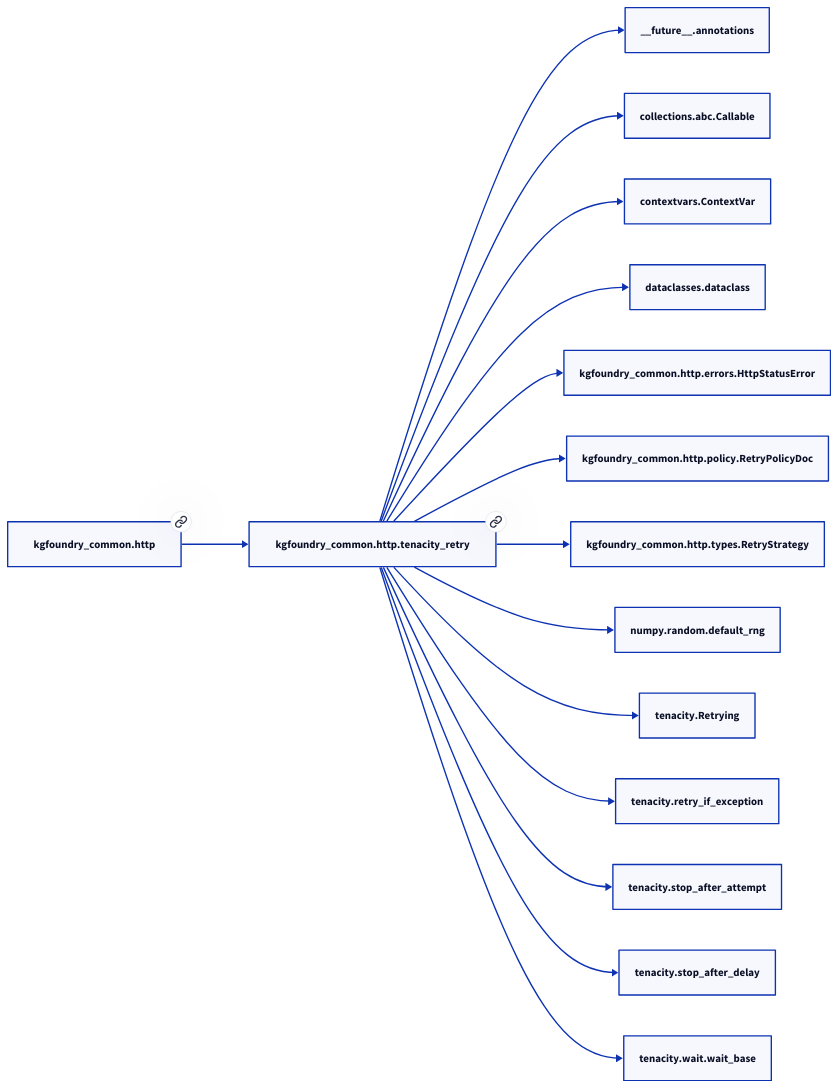
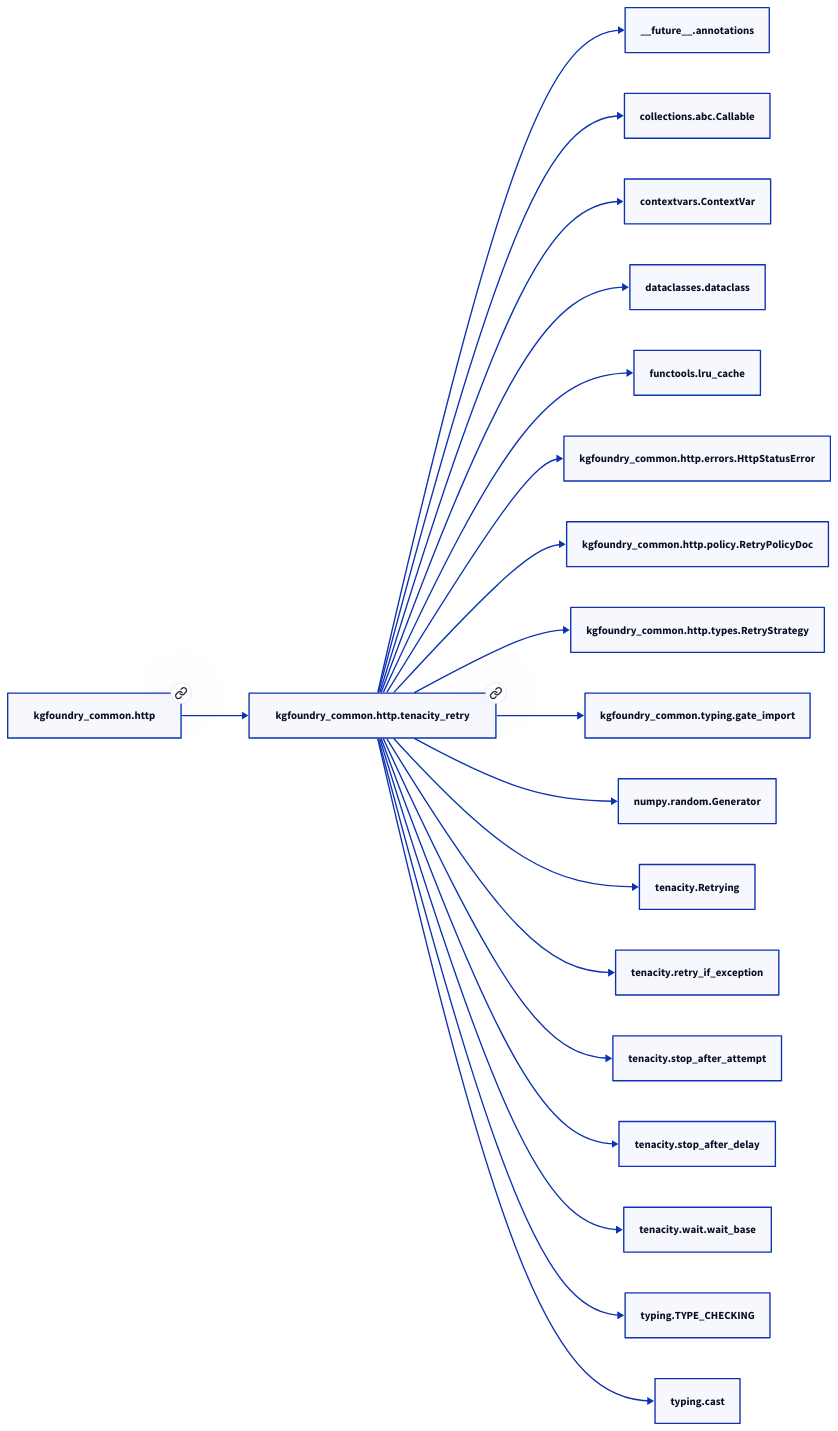
The second of 2 diagrams in docs/modules/kgfoundry_common/http/tenacity_retry.md (paul-heyse/kgforge), drawn with D2 before and after one commit. The commit also changed other lines of this file and 107 other files, not shown here.

````diff
--- a/docs/modules/kgfoundry_common/http/tenacity_retry.md
+++ b/docs/modules/kgfoundry_common/http/tenacity_retry.md
@@ -88,32 +92,40 @@
 ```d2
 direction: right
 "kgfoundry_common.http.tenacity_retry": "kgfoundry_common.http.tenacity_retry" { link: "https://github.com/paul-heyse/kgfoundry/blob/main/src/kgfoundry_common/http/tenacity_retry.py" }
 "__future__.annotations": "__future__.annotations"
 "kgfoundry_common.http.tenacity_retry" -> "__future__.annotations"
 "collections.abc.Callable": "collections.abc.Callable"
 "kgfoundry_common.http.tenacity_retry" -> "collections.abc.Callable"
 "contextvars.ContextVar": "contextvars.ContextVar"
 "kgfoundry_common.http.tenacity_retry" -> "contextvars.ContextVar"
 "dataclasses.dataclass": "dataclasses.dataclass"
 "kgfoundry_common.http.tenacity_retry" -> "dataclasses.dataclass"
+"functools.lru_cache": "functools.lru_cache"
+"kgfoundry_common.http.tenacity_retry" -> "functools.lru_cache"
 "kgfoundry_common.http.errors.HttpStatusError": "kgfoundry_common.http.errors.HttpStatusError"
 "kgfoundry_common.http.tenacity_retry" -> "kgfoundry_common.http.errors.HttpStatusError"
 "kgfoundry_common.http.policy.RetryPolicyDoc": "kgfoundry_common.http.policy.RetryPolicyDoc"
 "kgfoundry_common.http.tenacity_retry" -> "kgfoundry_common.http.policy.RetryPolicyDoc"
 "kgfoundry_common.http.types.RetryStrategy": "kgfoundry_common.http.types.RetryStrategy"
 "kgfoundry_common.http.tenacity_retry" -> "kgfoundry_common.http.types.RetryStrategy"
-"numpy.random.default_rng": "numpy.random.default_rng"
-"kgfoundry_common.http.tenacity_retry" -> "numpy.random.default_rng"
+"kgfoundry_common.typing.gate_import": "kgfoundry_common.typing.gate_import"
+"kgfoundry_common.http.tenacity_retry" -> "kgfoundry_common.typing.gate_import"
+"numpy.random.Generator": "numpy.random.Generator"
+"kgfoundry_common.http.tenacity_retry" -> "numpy.random.Generator"
 "tenacity.Retrying": "tenacity.Retrying"
 "kgfoundry_common.http.tenacity_retry" -> "tenacity.Retrying"
 "tenacity.retry_if_exception": "tenacity.retry_if_exception"
 "kgfoundry_common.http.tenacity_retry" -> "tenacity.retry_if_exception"
 "tenacity.stop_after_attempt": "tenacity.stop_after_attempt"
 "kgfoundry_common.http.tenacity_retry" -> "tenacity.stop_after_attempt"
 "tenacity.stop_after_delay": "tenacity.stop_after_delay"
 "kgfoundry_common.http.tenacity_retry" -> "tenacity.stop_after_delay"
 "tenacity.wait.wait_base": "tenacity.wait.wait_base"
 "kgfoundry_common.http.tenacity_retry" -> "tenacity.wait.wait_base"
+"typing.TYPE_CHECKING": "typing.TYPE_CHECKING"
+"kgfoundry_common.http.tenacity_retry" -> "typing.TYPE_CHECKING"
+"typing.cast": "typing.cast"
+"kgfoundry_common.http.tenacity_retry" -> "typing.cast"
 "kgfoundry_common.http": "kgfoundry_common.http" { link: "https://github.com/paul-heyse/kgfoundry/blob/main/src/kgfoundry_common/http/__init__.py" }
 "kgfoundry_common.http" -> "kgfoundry_common.http.tenacity_retry" { style: dashed }
 ```
````
